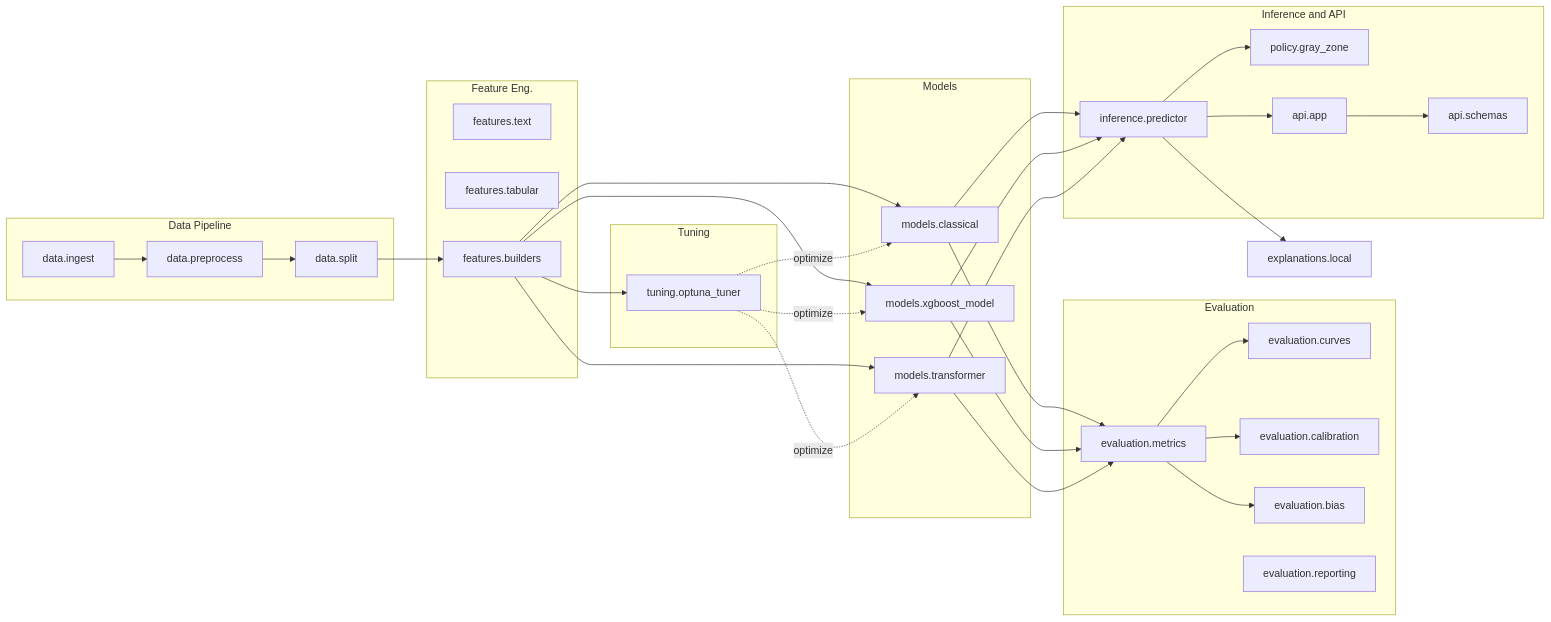
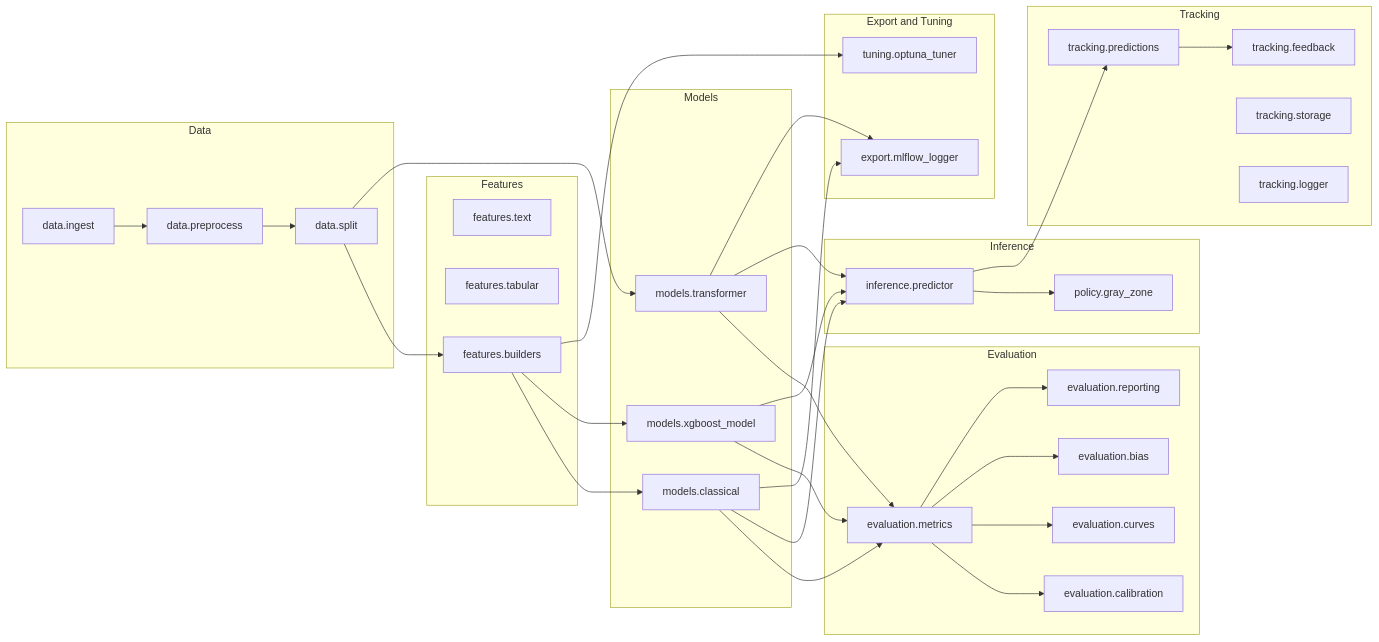
One commit to hoangsonww/Spot-the-Scam-AI-Job-Fraud changed the third of 4 diagrams in ARCHITECTURE.md. Above: the diagram before and after it, drawn with Mermaid. The commit also changed other lines of this file and 13 other files, not shown here.

````diff
--- a/ARCHITECTURE.md
+++ b/ARCHITECTURE.md
@@ -62,56 +103,60 @@
 ```mermaid
 graph LR
-    subgraph Data Pipeline
+    subgraph Data
         D1[data.ingest]
         D2[data.preprocess]
         D3[data.split]
     end
-    subgraph Feature Eng.
+    subgraph Features
         F1[features.text]
         F2[features.tabular]
         F3[features.builders]
     end
     subgraph Models
         M1[models.classical]
         M2[models.xgboost_model]
         M3[models.transformer]
     end
-    subgraph Tuning
-        T1[tuning.optuna_tuner]
-    end
     subgraph Evaluation
         E1[evaluation.metrics]
-        E2[evaluation.curves]
-        E3[evaluation.calibration]
+        E2[evaluation.calibration]
+        E3[evaluation.curves]
         E4[evaluation.bias]
         E5[evaluation.reporting]
     end
-    subgraph Inference and API
+    subgraph Inference
         I1[inference.predictor]
         I2[policy.gray_zone]
-        I3[api.schemas]
-        I4[api.app]
+    end
+    subgraph Tracking
+        T1[tracking.predictions]
+        T2[tracking.feedback]
+        T3[tracking.storage]
+        T4[tracking.logger]
+    end
+    subgraph Export and Tuning
+        X1[export.mlflow_logger]
+        U1[tuning.optuna_tuner]
     end
 
     D1 --> D2 --> D3 --> F3
     F3 --> M1
     F3 --> M2
-    F3 --> M3
-    F3 --> T1
-    T1 -.optimize.-> M1
-    T1 -.optimize.-> M2
-    T1 -.optimize.-> M3
+    D3 --> M3
     M1 --> E1
     M2 --> E1
     M3 --> E1
     E1 --> E2
     E1 --> E3
     E1 --> E4
+    E1 --> E5
     M1 --> I1
     M2 --> I1
     M3 --> I1
     I1 --> I2
-    I1 --> I4
-    I4 --> I3
-    I1 --> I5[explanations.local]
+    I1 --> T1
+    T1 --> T2
+    M1 --> X1
+    M3 --> X1
+    F3 --> U1
 ```
````
